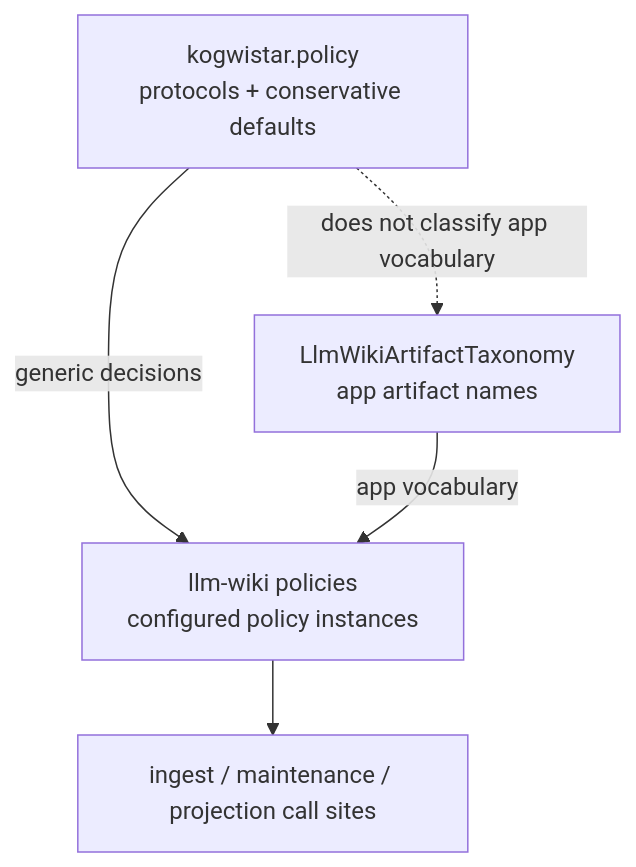
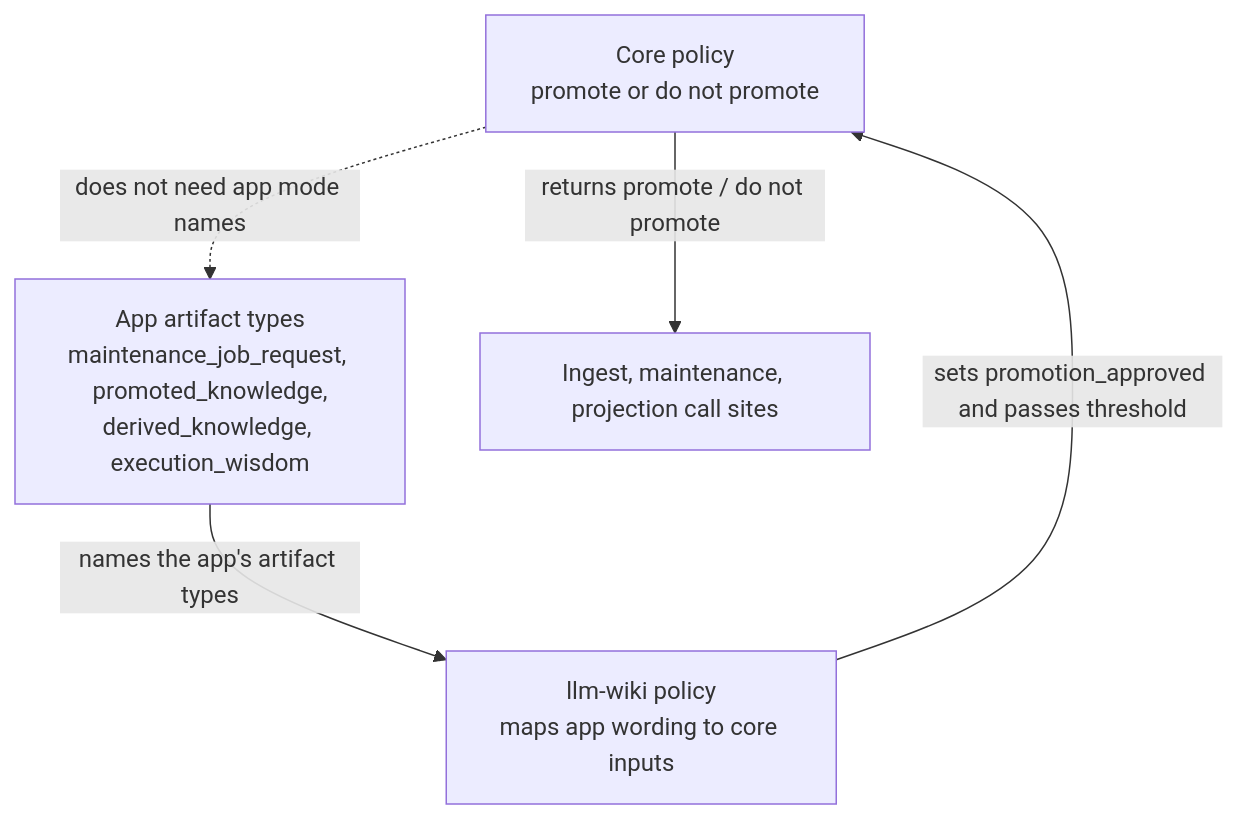
One commit to humblemat810/kogwistar-llm-wiki changed diagram 15 of 18 in doc/diagrams.md. Above: the diagram before and after it, drawn with Mermaid. The commit also changed other lines of this file and 2 other files, not shown here.

Commit message:
fix: Promotion Evidence Pack Provenance Checklist

````diff
--- a/doc/diagrams.md
+++ b/doc/diagrams.md
@@ -374,12 +439,12 @@
 ```mermaid
 flowchart TB
-    CORE["kogwistar.policy\nprotocols + conservative defaults"]
-    APPPOL["llm-wiki policies\nconfigured policy instances"]
-    TAX["LlmWikiArtifactTaxonomy\napp artifact names"]
-    CALLS["ingest / maintenance / projection call sites"]
+    CORE["Core policy\npromote or do not promote"]
+    APPPOL["llm-wiki policy\nmaps app wording to core inputs"]
+    TAX["App artifact types\nmaintenance_job_request, promoted_knowledge,\nderived_knowledge, execution_wisdom"]
+    CALLS["Ingest, maintenance, projection call sites"]
 
-    CORE -->|generic decisions| APPPOL
-    TAX -->|app vocabulary| APPPOL
-    APPPOL --> CALLS
-    CORE -.does not classify app vocabulary.-> TAX
+    TAX -->|names the app's artifact types| APPPOL
+    APPPOL -->|sets promotion_approved and passes threshold| CORE
+    CORE -->|returns promote / do not promote| CALLS
+    CORE -.does not need app mode names.-> TAX
 ```
````
